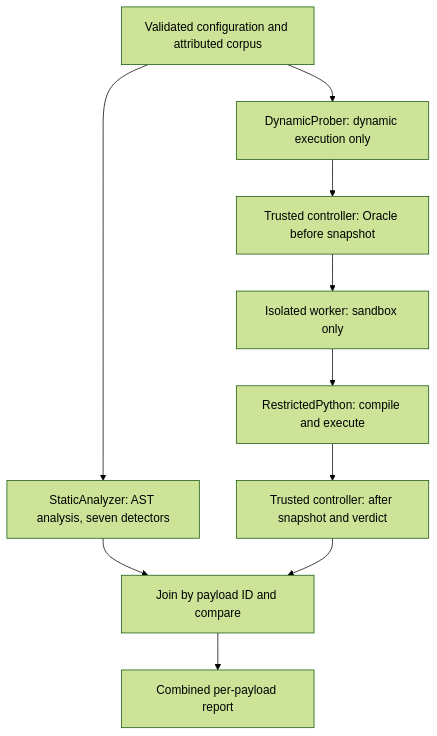
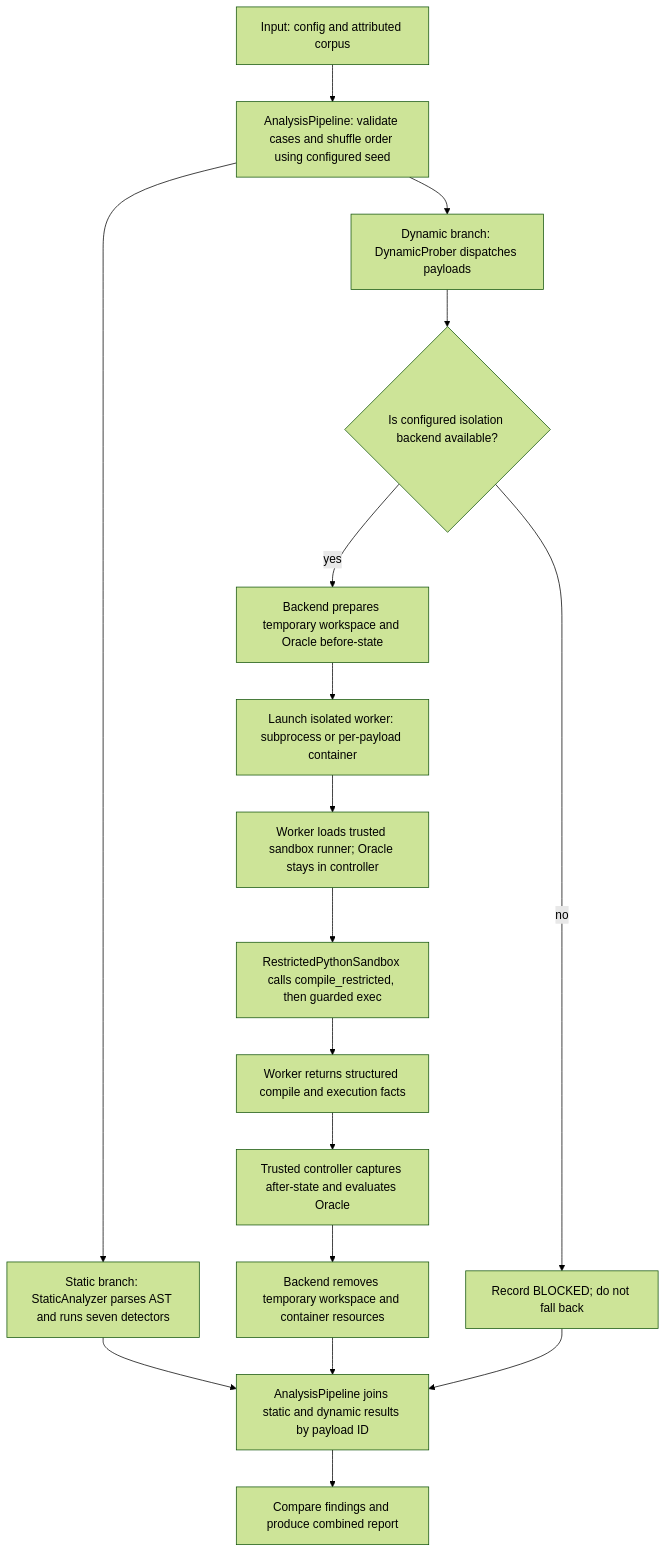
One commit to aynaakhann/sandbox_escape_finder changed the diagram in README.md. Above: the diagram before and after it, drawn with Mermaid (forest theme). The commit also changed other lines of this file, not shown here.

Commit message:
Clarify the analysis flow diagram

````diff
--- a/README.md
+++ b/README.md
@@ -95,12 +95,19 @@
 ```mermaid
 flowchart TD
-    C[Validated configuration and attributed corpus] --> A[StaticAnalyzer: AST analysis, seven detectors]
-    C --> P[DynamicProber: dynamic execution only]
-    P --> B[Trusted controller: Oracle before snapshot]
-    B --> W[Isolated worker: sandbox only]
-    W --> R[RestrictedPython: compile and execute]
-    R --> O[Trusted controller: after snapshot and verdict]
-    A --> J[Join by payload ID and compare]
-    O --> J
-    J --> F[Combined per-payload report]
+    C[Input: config and attributed corpus] --> N[AnalysisPipeline: validate cases and shuffle order using configured seed]
+    N --> A[Static branch: StaticAnalyzer parses AST and runs seven detectors]
+    N --> P[Dynamic branch: DynamicProber dispatches payloads]
+    P --> V{Is configured isolation backend available?}
+    V -->|yes| B[Backend prepares temporary workspace and Oracle before-state]
+    V -->|no| X[Record BLOCKED; do not fall back]
+    B --> W[Launch isolated worker: subprocess or per-payload container]
+    W --> S[Worker loads trusted sandbox runner; Oracle stays in controller]
+    S --> R[RestrictedPythonSandbox calls compile_restricted, then guarded exec]
+    R --> Q[Worker returns structured compile and execution facts]
+    Q --> O[Trusted controller captures after-state and evaluates Oracle]
+    O --> CL[Backend removes temporary workspace and container resources]
+    A --> J[AnalysisPipeline joins static and dynamic results by payload ID]
+    CL --> J
+    X --> J
+    J --> F[Compare findings and produce combined report]
 ```
````
